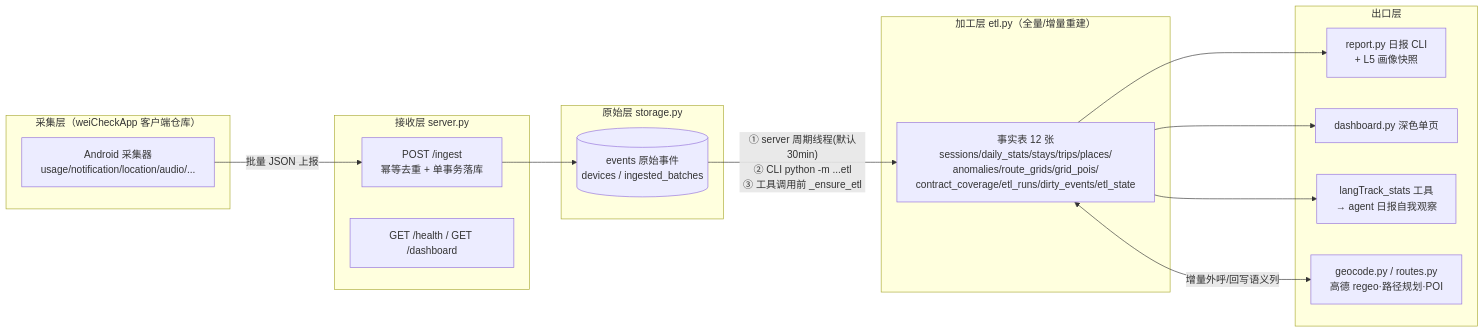
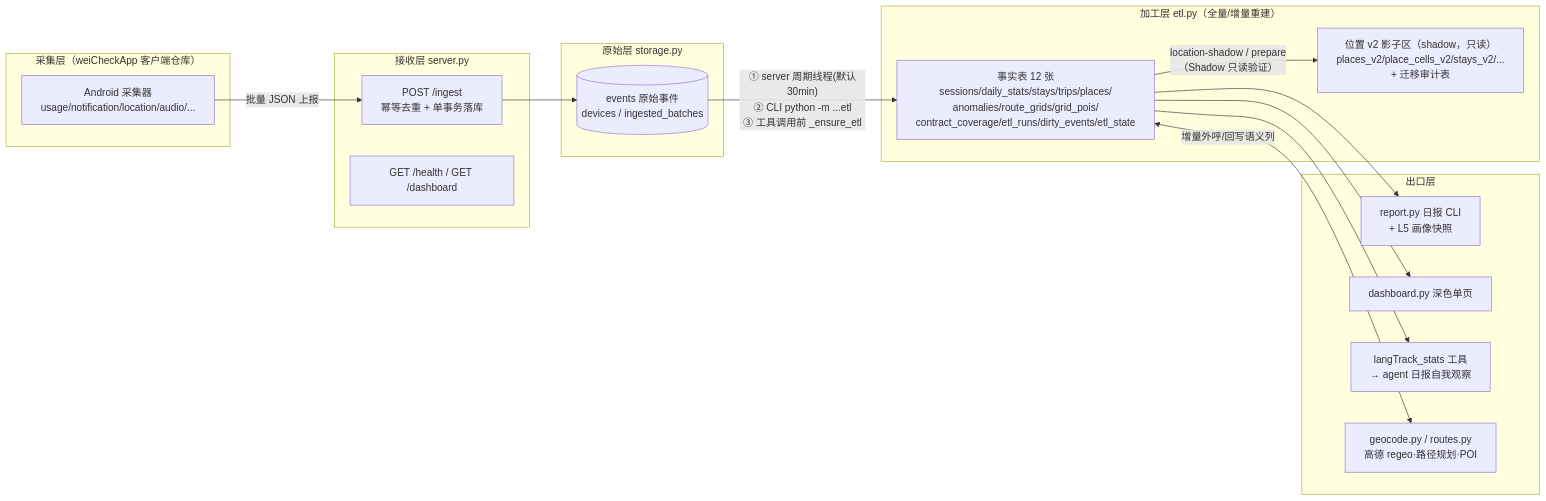
One commit to weweaq/WithLangGraph changed the first of 10 diagrams in docs/langTrack-tech.md. Above: the diagram before and after it, drawn with Mermaid. The commit also changed other lines of this file and 2 other files, not shown here.

````diff
--- a/docs/langTrack-tech.md
+++ b/docs/langTrack-tech.md
@@ -55,31 +58,33 @@
 ```mermaid
 flowchart LR
     subgraph 采集端["采集层（weiCheckApp 客户端仓库）"]
         A["Android 采集器<br/>usage/notification/location/audio/..."]
     end
 
     subgraph 接收层["接收层 server.py"]
         B["POST /ingest<br/>幂等去重 + 单事务落库"]
         H["GET /health / GET /dashboard"]
     end
 
     subgraph 原始层["原始层 storage.py"]
         C[("events 原始事件<br/>devices / ingested_batches")]
     end
 
     subgraph 加工层["加工层 etl.py（全量/增量重建）"]
         D["事实表 12 张<br/>sessions/daily_stats/stays/trips/places/<br/>anomalies/route_grids/grid_pois/<br/>contract_coverage/etl_runs/dirty_events/etl_state"]
+        V["位置 v2 影子区（shadow，只读）<br/>places_v2/place_cells_v2/stays_v2/...<br/>+ 迁移审计表"]
     end
 
     subgraph 出口层["出口层"]
         F["report.py 日报 CLI<br/>+ L5 画像快照"]
         G["dashboard.py 深色单页"]
         T["langTrack_stats 工具<br/>→ agent 日报自我观察"]
         X["geocode.py / routes.py<br/>高德 regeo·路径规划·POI"]
     end
 
     A -->|批量 JSON 上报| B --> C
     C -->|"① server 周期线程(默认30min)<br/>② CLI python -m ...etl<br/>③ 工具调用前 _ensure_etl"| D
+    D -->|"location-shadow / prepare<br/>（Shadow 只读验证）"| V
     D --> F & G & T
     D <-->|增量外呼/回写语义列| X
 ```
````
